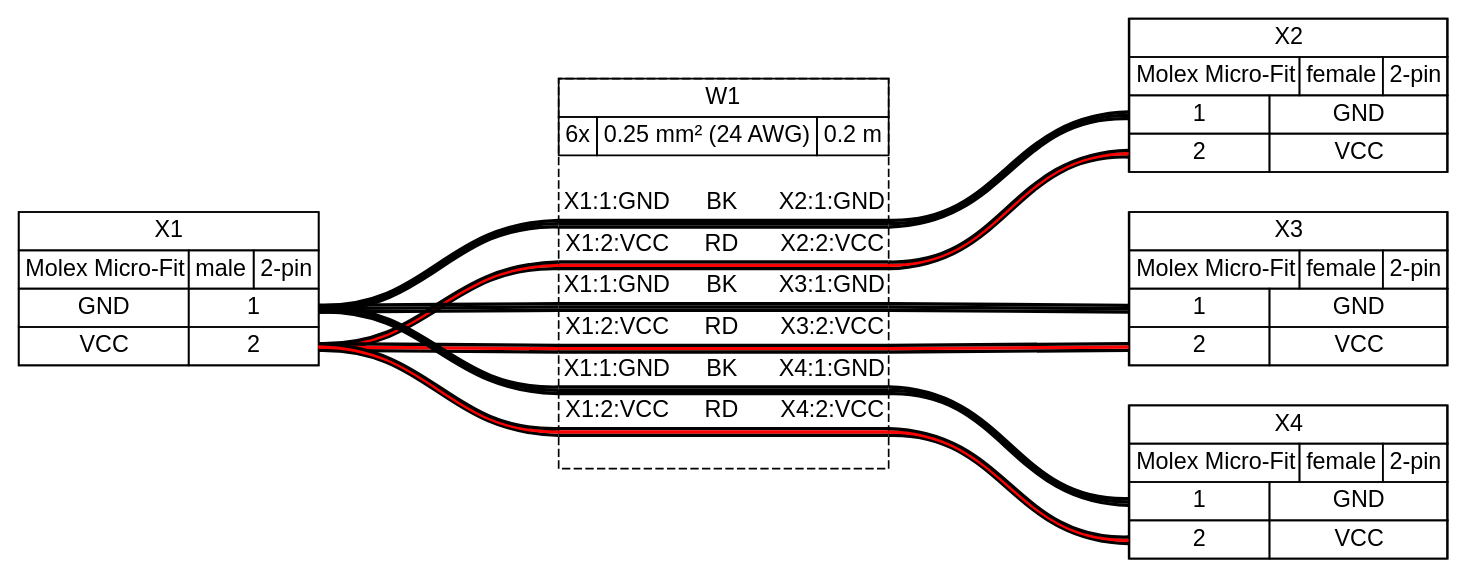
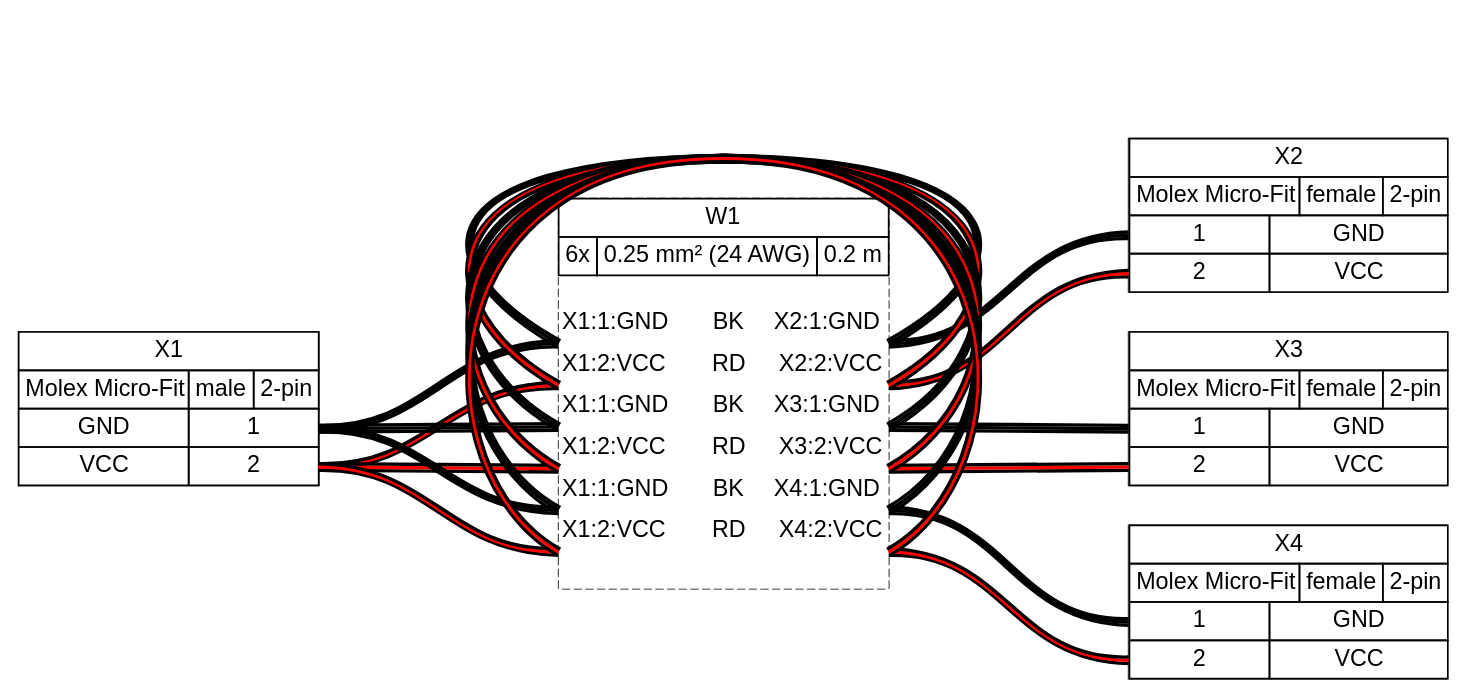
Before and after one commit to wireviz/WireViz: the diagram in examples/ex03.gv, drawn with Graphviz. The commit also changed 172 other files, not shown here.

```diff
--- a/examples/ex03.gv
+++ b/examples/ex03.gv
@@ -1,255 +1,365 @@
 graph {
-// Graph generated by WireViz 0.4-dev
+// Graph generated by WireViz 0.4-dev251
 // https://github.com/formatc1702/WireViz
 	graph [bgcolor="#FFFFFF" fontname=arial nodesep=0.33 rankdir=LR ranksep=2]
 	node [fillcolor="#FFFFFF" fontname=arial height=0 margin=0 shape=none style=filled width=0]
 	edge [fontname=arial style=bold]
 	X1 [label=<
-<table border="0" cellspacing="0" cellpadding="0">
- <tr><td>
-  <table border="0" cellspacing="0" cellpadding="3" cellborder="1"><tr>
-   <td balign="left">X1</td>
-  </tr></table>
- </td></tr>
- <tr><td>
-  <table border="0" cellspacing="0" cellpadding="3" cellborder="1"><tr>
-   <td balign="left">Molex Micro-Fit</td>
-   <td balign="left">male</td>
-   <td balign="left">2-pin</td>
-  </tr></table>
- </td></tr>
- <tr><td>
-  <table border="0" cellspacing="0" cellpadding="3" cellborder="1">
-   <tr>
-    <td>GND</td>
-    <td port="p1r">1</td>
-   </tr>
-   <tr>
-    <td>VCC</td>
-    <td port="p2r">2</td>
-   </tr>
-  </table>
- </td></tr>
+<table border="0" cellspacing="0" cellpadding="0" bgcolor="#FFFFFF">
+ <tr>
+  <td>
+   <table border="0" cellborder="1" cellpadding="3" cellspacing="0">
+    <tr>
+     <td>X1</td>
+    </tr>
+   </table>
+  </td>
+ </tr>
+ <tr>
+  <td>
+   <table border="0" cellborder="1" cellpadding="3" cellspacing="0">
+    <tr>
+     <td>Molex Micro-Fit</td>
+     <td>male</td>
+     <td>2-pin</td>
+    </tr>
+   </table>
+  </td>
+ </tr>
+ <tr>
+  <td>
+   <table border="0" cellborder="1" cellpadding="3" cellspacing="0">
+    <tr>
+     <td>GND</td>
+     []
+     <td port="p1r">1</td>
+    </tr>
+    <tr>
+     <td>VCC</td>
+     []
+     <td port="p2r">2</td>
+    </tr>
+   </table>
+  </td>
+ </tr>
 </table>
-> fillcolor="#FFFFFF" shape=box style=filled]
+> shape=box style=filled]
 	X2 [label=<
-<table border="0" cellspacing="0" cellpadding="0">
- <tr><td>
-  <table border="0" cellspacing="0" cellpadding="3" cellborder="1"><tr>
-   <td balign="left">X2</td>
-  </tr></table>
- </td></tr>
- <tr><td>
-  <table border="0" cellspacing="0" cellpadding="3" cellborder="1"><tr>
-   <td balign="left">Molex Micro-Fit</td>
-   <td balign="left">female</td>
-   <td balign="left">2-pin</td>
-  </tr></table>
- </td></tr>
- <tr><td>
-  <table border="0" cellspacing="0" cellpadding="3" cellborder="1">
-   <tr>
-    <td port="p1l">1</td>
-    <td>GND</td>
-   </tr>
-   <tr>
-    <td port="p2l">2</td>
-    <td>VCC</td>
-   </tr>
-  </table>
- </td></tr>
+<table border="0" cellspacing="0" cellpadding="0" bgcolor="#FFFFFF">
+ <tr>
+  <td>
+   <table border="0" cellborder="1" cellpadding="3" cellspacing="0">
+    <tr>
+     <td>X2</td>
+    </tr>
+   </table>
+  </td>
+ </tr>
+ <tr>
+  <td>
+   <table border="0" cellborder="1" cellpadding="3" cellspacing="0">
+    <tr>
+     <td>Molex Micro-Fit</td>
+     <td>female</td>
+     <td>2-pin</td>
+    </tr>
+   </table>
+  </td>
+ </tr>
+ <tr>
+  <td>
+   <table border="0" cellborder="1" cellpadding="3" cellspacing="0">
+    <tr>
+     <td port="p1l">1</td>
+     <td>GND</td>
+     []
+    </tr>
+    <tr>
+     <td port="p2l">2</td>
+     <td>VCC</td>
+     []
+    </tr>
+   </table>
+  </td>
+ </tr>
 </table>
-> fillcolor="#FFFFFF" shape=box style=filled]
+> shape=box style=filled]
 	X3 [label=<
-<table border="0" cellspacing="0" cellpadding="0">
- <tr><td>
-  <table border="0" cellspacing="0" cellpadding="3" cellborder="1"><tr>
-   <td balign="left">X3</td>
-  </tr></table>
- </td></tr>
- <tr><td>
-  <table border="0" cellspacing="0" cellpadding="3" cellborder="1"><tr>
-   <td balign="left">Molex Micro-Fit</td>
-   <td balign="left">female</td>
-   <td balign="left">2-pin</td>
-  </tr></table>
- </td></tr>
- <tr><td>
-  <table border="0" cellspacing="0" cellpadding="3" cellborder="1">
-   <tr>
-    <td port="p1l">1</td>
-    <td>GND</td>
-   </tr>
-   <tr>
-    <td port="p2l">2</td>
-    <td>VCC</td>
-   </tr>
-  </table>
- </td></tr>
+<table border="0" cellspacing="0" cellpadding="0" bgcolor="#FFFFFF">
+ <tr>
+  <td>
+   <table border="0" cellborder="1" cellpadding="3" cellspacing="0">
+    <tr>
+     <td>X3</td>
+    </tr>
+   </table>
+  </td>
+ </tr>
+ <tr>
+  <td>
+   <table border="0" cellborder="1" cellpadding="3" cellspacing="0">
+    <tr>
+     <td>Molex Micro-Fit</td>
+     <td>female</td>
+     <td>2-pin</td>
+    </tr>
+   </table>
+  </td>
+ </tr>
+ <tr>
+  <td>
+   <table border="0" cellborder="1" cellpadding="3" cellspacing="0">
+    <tr>
+     <td port="p1l">1</td>
+     <td>GND</td>
+     []
+    </tr>
+    <tr>
+     <td port="p2l">2</td>
+     <td>VCC</td>
+     []
+    </tr>
+   </table>
+  </td>
+ </tr>
 </table>
-> fillcolor="#FFFFFF" shape=box style=filled]
+> shape=box style=filled]
 	X4 [label=<
-<table border="0" cellspacing="0" cellpadding="0">
- <tr><td>
-  <table border="0" cellspacing="0" cellpadding="3" cellborder="1"><tr>
-   <td balign="left">X4</td>
-  </tr></table>
- </td></tr>
- <tr><td>
-  <table border="0" cellspacing="0" cellpadding="3" cellborder="1"><tr>
-   <td balign="left">Molex Micro-Fit</td>
-   <td balign="left">female</td>
-   <td balign="left">2-pin</td>
-  </tr></table>
- </td></tr>
- <tr><td>
-  <table border="0" cellspacing="0" cellpadding="3" cellborder="1">
-   <tr>
-    <td port="p1l">1</td>
-    <td>GND</td>
-   </tr>
-   <tr>
-    <td port="p2l">2</td>
-    <td>VCC</td>
-   </tr>
-  </table>
- </td></tr>
+<table border="0" cellspacing="0" cellpadding="0" bgcolor="#FFFFFF">
+ <tr>
+  <td>
+   <table border="0" cellborder="1" cellpadding="3" cellspacing="0">
+    <tr>
+     <td>X4</td>
+    </tr>
+   </table>
+  </td>
+ </tr>
+ <tr>
+  <td>
+   <table border="0" cellborder="1" cellpadding="3" cellspacing="0">
+    <tr>
+     <td>Molex Micro-Fit</td>
+     <td>female</td>
+     <td>2-pin</td>
+    </tr>
+   </table>
+  </td>
+ </tr>
+ <tr>
+  <td>
+   <table border="0" cellborder="1" cellpadding="3" cellspacing="0">
+    <tr>
+     <td port="p1l">1</td>
+     <td>GND</td>
+     []
+    </tr>
+    <tr>
+     <td port="p2l">2</td>
+     <td>VCC</td>
+     []
+    </tr>
+   </table>
+  </td>
+ </tr>
 </table>
-> fillcolor="#FFFFFF" shape=box style=filled]
+> shape=box style=filled]
+	W1 [label=<
+<table border="0" cellspacing="0" cellpadding="0" bgcolor="#FFFFFF">
+ <tr>
+  <td>
+   <table border="0" cellborder="1" cellpadding="3" cellspacing="0">
+    <tr>
+     <td>W1</td>
+    </tr>
+   </table>
+  </td>
+ </tr>
+ <tr>
+  <td>
+   <table border="0" cellborder="1" cellpadding="3" cellspacing="0">
+    <tr>
+     <td>6x</td>
+     <td>0.25 mm² (24 AWG)</td>
+     <td>0.2 m</td>
+    </tr>
+   </table>
+  </td>
+ </tr>
+ <tr>
+  <td>
+   <table border="0" cellborder="0" cellspacing="0">
+    <tr>
+     <td>&nbsp;</td>
+    </tr>
+    <tr>
+     <td align="left"> X1:1:GND</td>
+     <td> </td>
+     <td></td>
+     <td>BK</td>
+     <td> </td>
+     <td align="right">X2:1:GND </td>
+    </tr>
+    <tr>
+     <td border="0" cellspacing="0" cellpadding="0" colspan="6" height="6" port="w1">
+      <table border="0" cellborder="0" cellspacing="0">
+       <tr>
+        <td bgcolor="#FFFFFF" border="0" cellpadding="0" colspan="6" height="2"></td>
+       </tr>
+       <tr>
+        <td bgcolor="#FFFFFF" border="0" cellpadding="0" colspan="6" height="2"></td>
+       </tr>
+       <tr>
+        <td bgcolor="#FFFFFF" border="0" cellpadding="0" colspan="6" height="2"></td>
+       </tr>
+      </table>
+     </td>
+    </tr>
+    <tr>
+     <td align="left"> X1:2:VCC</td>
+     <td> </td>
+     <td></td>
+     <td>RD</td>
+     <td> </td>
+     <td align="right">X2:2:VCC </td>
+    </tr>
+    <tr>
+     <td border="0" cellspacing="0" cellpadding="0" colspan="6" height="6" port="w2">
+      <table border="0" cellborder="0" cellspacing="0">
+       <tr>
+        <td bgcolor="#FFFFFF" border="0" cellpadding="0" colspan="6" height="2"></td>
+       </tr>
+       <tr>
+        <td bgcolor="#FFFFFF" border="0" cellpadding="0" colspan="6" height="2"></td>
+       </tr>
+       <tr>
+        <td bgcolor="#FFFFFF" border="0" cellpadding="0" colspan="6" height="2"></td>
+       </tr>
+      </table>
+     </td>
+    </tr>
+    <tr>
+     <td align="left"> X1:1:GND</td>
+     <td> </td>
+     <td></td>
+     <td>BK</td>
+     <td> </td>
+     <td align="right">X3:1:GND </td>
+    </tr>
+    <tr>
+     <td border="0" cellspacing="0" cellpadding="0" colspan="6" height="6" port="w3">
+      <table border="0" cellborder="0" cellspacing="0">
+       <tr>
+        <td bgcolor="#FFFFFF" border="0" cellpadding="0" colspan="6" height="2"></td>
+       </tr>
+       <tr>
+        <td bgcolor="#FFFFFF" border="0" cellpadding="0" colspan="6" height="2"></td>
+       </tr>
+       <tr>
+        <td bgcolor="#FFFFFF" border="0" cellpadding="0" colspan="6" height="2"></td>
+       </tr>
+      </table>
+     </td>
+    </tr>
+    <tr>
+     <td align="left"> X1:2:VCC</td>
+     <td> </td>
+     <td></td>
+     <td>RD</td>
+     <td> </td>
+     <td align="right">X3:2:VCC </td>
+    </tr>
+    <tr>
+     <td border="0" cellspacing="0" cellpadding="0" colspan="6" height="6" port="w4">
+      <table border="0" cellborder="0" cellspacing="0">
+       <tr>
+        <td bgcolor="#FFFFFF" border="0" cellpadding="0" colspan="6" height="2"></td>
+       </tr>
+       <tr>
+        <td bgcolor="#FFFFFF" border="0" cellpadding="0" colspan="6" height="2"></td>
+       </tr>
+       <tr>
+        <td bgcolor="#FFFFFF" border="0" cellpadding="0" colspan="6" height="2"></td>
+       </tr>
+      </table>
+     </td>
+    </tr>
+    <tr>
+     <td align="left"> X1:1:GND</td>
+     <td> </td>
+     <td></td>
+     <td>BK</td>
+     <td> </td>
+     <td align="right">X4:1:GND </td>
+    </tr>
+    <tr>
+     <td border="0" cellspacing="0" cellpadding="0" colspan="6" height="6" port="w5">
+      <table border="0" cellborder="0" cellspacing="0">
+       <tr>
+        <td bgcolor="#FFFFFF" border="0" cellpadding="0" colspan="6" height="2"></td>
+       </tr>
+       <tr>
+        <td bgcolor="#FFFFFF" border="0" cellpadding="0" colspan="6" height="2"></td>
+       </tr>
+       <tr>
+        <td bgcolor="#FFFFFF" border="0" cellpadding="0" colspan="6" height="2"></td>
+       </tr>
+      </table>
+     </td>
+    </tr>
+    <tr>
+     <td align="left"> X1:2:VCC</td>
+     <td> </td>
+     <td></td>
+     <td>RD</td>
+     <td> </td>
+     <td align="right">X4:2:VCC </td>
+    </tr>
+    <tr>
+     <td border="0" cellspacing="0" cellpadding="0" colspan="6" height="6" port="w6">
+      <table border="0" cellborder="0" cellspacing="0">
+       <tr>
+        <td bgcolor="#FFFFFF" border="0" cellpadding="0" colspan="6" height="2"></td>
+       </tr>
+       <tr>
+        <td bgcolor="#FFFFFF" border="0" cellpadding="0" colspan="6" height="2"></td>
+       </tr>
+       <tr>
+        <td bgcolor="#FFFFFF" border="0" cellpadding="0" colspan="6" height="2"></td>
+       </tr>
+      </table>
+     </td>
+    </tr>
+    <tr>
+     <td>&nbsp;</td>
+    </tr>
+   </table>
+  </td>
+ </tr>
+</table>
+> shape=box style="filled,dashed"]
 	edge [color="#000000:#000000:#000000"]
 	X1:p1r:e -- W1:w1:w
 	W1:w1:e -- X2:p1l:w
-	edge [color="#000000:#ff0000:#000000"]
+	edge [color="#000000:#FF0000:#000000"]
 	X1:p2r:e -- W1:w2:w
 	W1:w2:e -- X2:p2l:w
 	edge [color="#000000:#000000:#000000"]
 	X1:p1r:e -- W1:w3:w
 	W1:w3:e -- X3:p1l:w
-	edge [color="#000000:#ff0000:#000000"]
+	edge [color="#000000:#FF0000:#000000"]
 	X1:p2r:e -- W1:w4:w
 	W1:w4:e -- X3:p2l:w
 	edge [color="#000000:#000000:#000000"]
 	X1:p1r:e -- W1:w5:w
 	W1:w5:e -- X4:p1l:w
-	edge [color="#000000:#ff0000:#000000"]
+	edge [color="#000000:#FF0000:#000000"]
 	X1:p2r:e -- W1:w6:w
 	W1:w6:e -- X4:p2l:w
-	W1 [label=<
-<table border="0" cellspacing="0" cellpadding="0">
- <tr><td>
-  <table border="0" cellspacing="0" cellpadding="3" cellborder="1"><tr>
-   <td balign="left">W1</td>
-  </tr></table>
- </td></tr>
- <tr><td>
-  <table border="0" cellspacing="0" cellpadding="3" cellborder="1"><tr>
-   <td balign="left">6x</td>
-   <td balign="left">0.25 mm² (24 AWG)</td>
-   <td balign="left">0.2 m</td>
-  </tr></table>
- </td></tr>
- <tr><td>
-  <table border="0" cellspacing="0" cellborder="0">
-   <tr><td>&nbsp;</td></tr>
-   <tr>
-    <td>X1:1:GND</td>
-    <td>
-     BK
-    </td>
-    <td>X2:1:GND</td>
-   </tr>
-   <tr>
-    <td colspan="3" border="0" cellspacing="0" cellpadding="0" port="w1" height="6">
-     <table cellspacing="0" cellborder="0" border="0">
-      <tr><td colspan="3" cellpadding="0" height="2" bgcolor="#000000" border="0"></td></tr>
-      <tr><td colspan="3" cellpadding="0" height="2" bgcolor="#000000" border="0"></td></tr>
-      <tr><td colspan="3" cellpadding="0" height="2" bgcolor="#000000" border="0"></td></tr>
-     </table>
-    </td>
-   </tr>
-   <tr>
-    <td>X1:2:VCC</td>
-    <td>
-     RD
-    </td>
-    <td>X2:2:VCC</td>
-   </tr>
-   <tr>
-    <td colspan="3" border="0" cellspacing="0" cellpadding="0" port="w2" height="6">
-     <table cellspacing="0" cellborder="0" border="0">
-      <tr><td colspan="3" cellpadding="0" height="2" bgcolor="#000000" border="0"></td></tr>
-      <tr><td colspan="3" cellpadding="0" height="2" bgcolor="#ff0000" border="0"></td></tr>
-      <tr><td colspan="3" cellpadding="0" height="2" bgcolor="#000000" border="0"></td></tr>
-     </table>
-    </td>
-   </tr>
-   <tr>
-    <td>X1:1:GND</td>
-    <td>
-     BK
-    </td>
-    <td>X3:1:GND</td>
-   </tr>
-   <tr>
-    <td colspan="3" border="0" cellspacing="0" cellpadding="0" port="w3" height="6">
-     <table cellspacing="0" cellborder="0" border="0">
-      <tr><td colspan="3" cellpadding="0" height="2" bgcolor="#000000" border="0"></td></tr>
-      <tr><td colspan="3" cellpadding="0" height="2" bgcolor="#000000" border="0"></td></tr>
-      <tr><td colspan="3" cellpadding="0" height="2" bgcolor="#000000" border="0"></td></tr>
-     </table>
-    </td>
-   </tr>
-   <tr>
-    <td>X1:2:VCC</td>
-    <td>
-     RD
-    </td>
-    <td>X3:2:VCC</td>
-   </tr>
-   <tr>
-    <td colspan="3" border="0" cellspacing="0" cellpadding="0" port="w4" height="6">
-     <table cellspacing="0" cellborder="0" border="0">
-      <tr><td colspan="3" cellpadding="0" height="2" bgcolor="#000000" border="0"></td></tr>
-      <tr><td colspan="3" cellpadding="0" height="2" bgcolor="#ff0000" border="0"></td></tr>
-      <tr><td colspan="3" cellpadding="0" height="2" bgcolor="#000000" border="0"></td></tr>
-     </table>
-    </td>
-   </tr>
-   <tr>
-    <td>X1:1:GND</td>
-    <td>
-     BK
-    </td>
-    <td>X4:1:GND</td>
-   </tr>
-   <tr>
-    <td colspan="3" border="0" cellspacing="0" cellpadding="0" port="w5" height="6">
-     <table cellspacing="0" cellborder="0" border="0">
-      <tr><td colspan="3" cellpadding="0" height="2" bgcolor="#000000" border="0"></td></tr>
-      <tr><td colspan="3" cellpadding="0" height="2" bgcolor="#000000" border="0"></td></tr>
-      <tr><td colspan="3" cellpadding="0" height="2" bgcolor="#000000" border="0"></td></tr>
-     </table>
-    </td>
-   </tr>
-   <tr>
-    <td>X1:2:VCC</td>
-    <td>
-     RD
-    </td>
-    <td>X4:2:VCC</td>
-   </tr>
-   <tr>
-    <td colspan="3" border="0" cellspacing="0" cellpadding="0" port="w6" height="6">
-     <table cellspacing="0" cellborder="0" border="0">
-      <tr><td colspan="3" cellpadding="0" height="2" bgcolor="#000000" border="0"></td></tr>
-      <tr><td colspan="3" cellpadding="0" height="2" bgcolor="#ff0000" border="0"></td></tr>
-      <tr><td colspan="3" cellpadding="0" height="2" bgcolor="#000000" border="0"></td></tr>
-     </table>
-    </td>
-   </tr>
-   <tr><td>&nbsp;</td></tr>
-  </table>
- </td></tr>
-</table>
-> fillcolor="#FFFFFF" shape=box style="filled,dashed"]
+	W1:w1:e -- W1:w1:w [color="#000000:#000000:#000000" straight=straight]
+	W1:w2:e -- W1:w2:w [color="#000000:#FF0000:#000000" straight=straight]
+	W1:w3:e -- W1:w3:w [color="#000000:#000000:#000000" straight=straight]
+	W1:w4:e -- W1:w4:w [color="#000000:#FF0000:#000000" straight=straight]
+	W1:w5:e -- W1:w5:w [color="#000000:#000000:#000000" straight=straight]
+	W1:w6:e -- W1:w6:w [color="#000000:#FF0000:#000000" straight=straight]
 }
```
